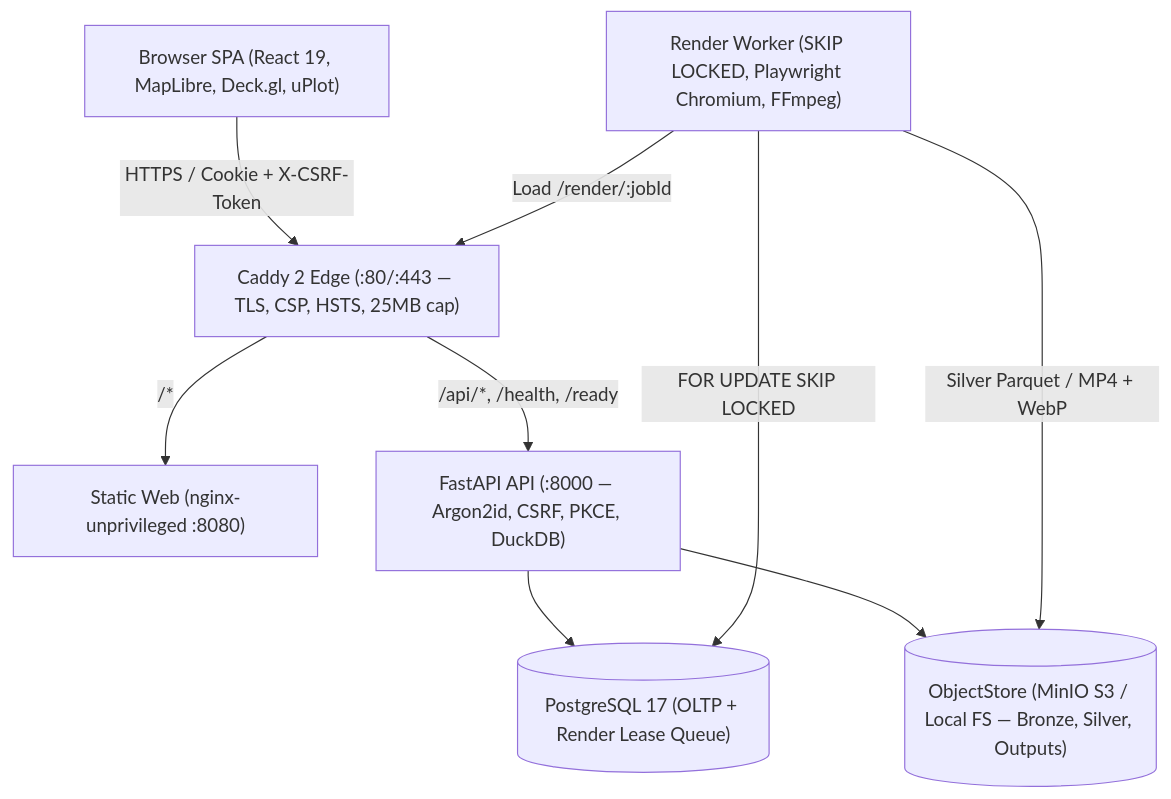
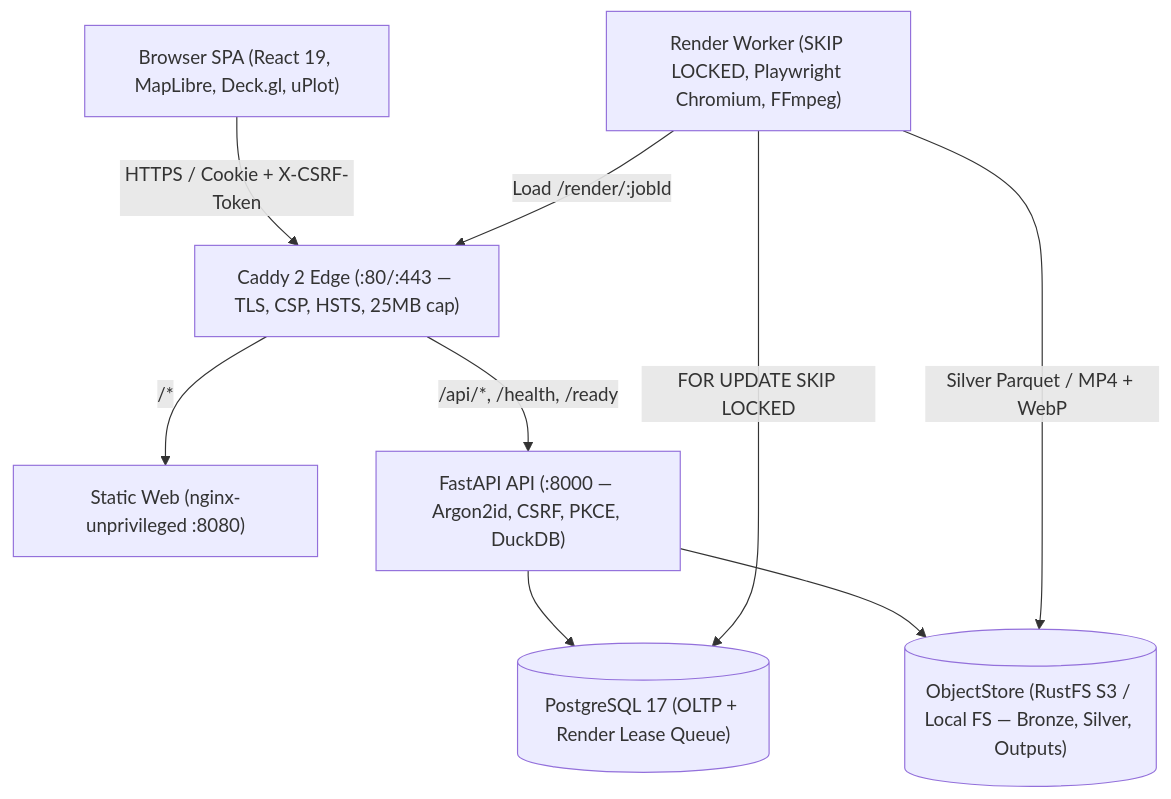
One commit to RurociagDanych/trip-animator changed the diagram in README.md. Above: the diagram before and after it, drawn with Mermaid. The commit also changed other lines of this file and 11 other files, not shown here.

````diff
--- a/README.md
+++ b/README.md
@@ -21,19 +21,19 @@
 ```mermaid
 flowchart TB
     Browser["Browser SPA (React 19, MapLibre, Deck.gl, uPlot)"]
     Caddy["Caddy 2 Edge (:80/:443 — TLS, CSP, HSTS, 25MB cap)"]
     Web["Static Web (nginx-unprivileged :8080)"]
     API["FastAPI API (:8000 — Argon2id, CSRF, PKCE, DuckDB)"]
     Worker["Render Worker (SKIP LOCKED, Playwright Chromium, FFmpeg)"]
     PG[("PostgreSQL 17 (OLTP + Render Lease Queue)")]
-    Store[("ObjectStore (MinIO S3 / Local FS — Bronze, Silver, Outputs)")]
+    Store[("ObjectStore (RustFS S3 / Local FS — Bronze, Silver, Outputs)")]
 
     Browser -->|"HTTPS / Cookie + X-CSRF-Token"| Caddy
     Caddy -->|"/*"| Web
     Caddy -->|"/api/*, /health, /ready"| API
     API --> PG
     API --> Store
     Worker -->|"FOR UPDATE SKIP LOCKED"| PG
     Worker -->|"Silver Parquet / MP4 + WebP"| Store
     Worker -->|"Load /render/:jobId"| Caddy
 ```
````
